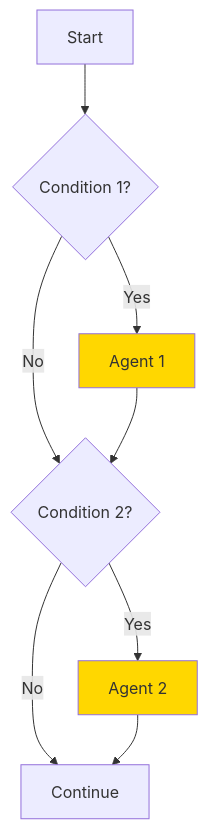
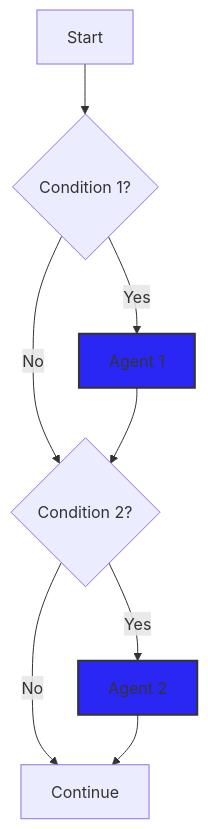
Before and after one commit to OpenLiberty/liberty-workshop-langchain4j: the third of 6 diagrams in docs/docs/section-2/step-02.md, drawn with Mermaid. The commit also changed other lines of this file and 5 other files, not shown here.

````diff
--- a/docs/docs/section-2/step-02.md
+++ b/docs/docs/section-2/step-02.md
@@ -97,12 +109,12 @@
 ```mermaid
 graph TD
     Start[Start] --> Check1{Condition 1?}
     Check1 -->|Yes| A[Agent 1]
     Check1 -->|No| Check2{Condition 2?}
     A --> Check2
     Check2 -->|Yes| B[Agent 2]
     Check2 -->|No| End
     B --> End[Continue]
-    style A fill:#FFD700
-    style B fill:#FFD700
+    style A fill:#2A27F5,stroke:#333,stroke-width:2
+    style B fill:#2A27F5,stroke:#333,stroke-width:2
 ```
````
